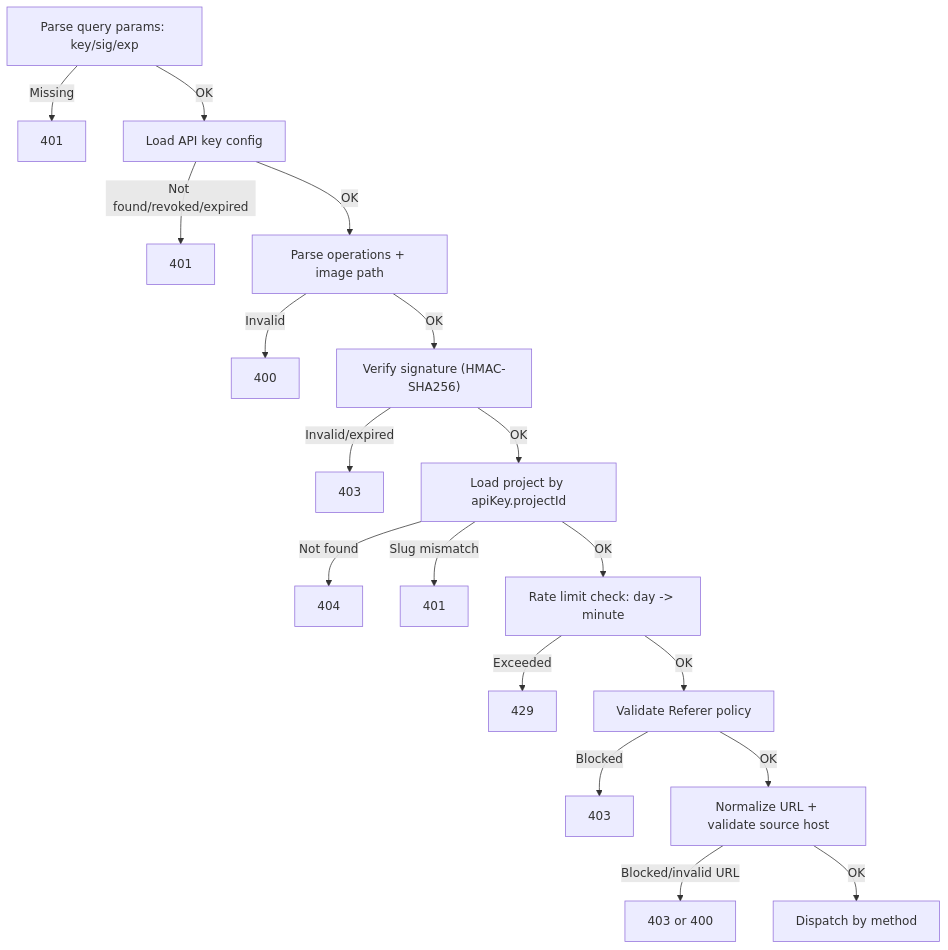
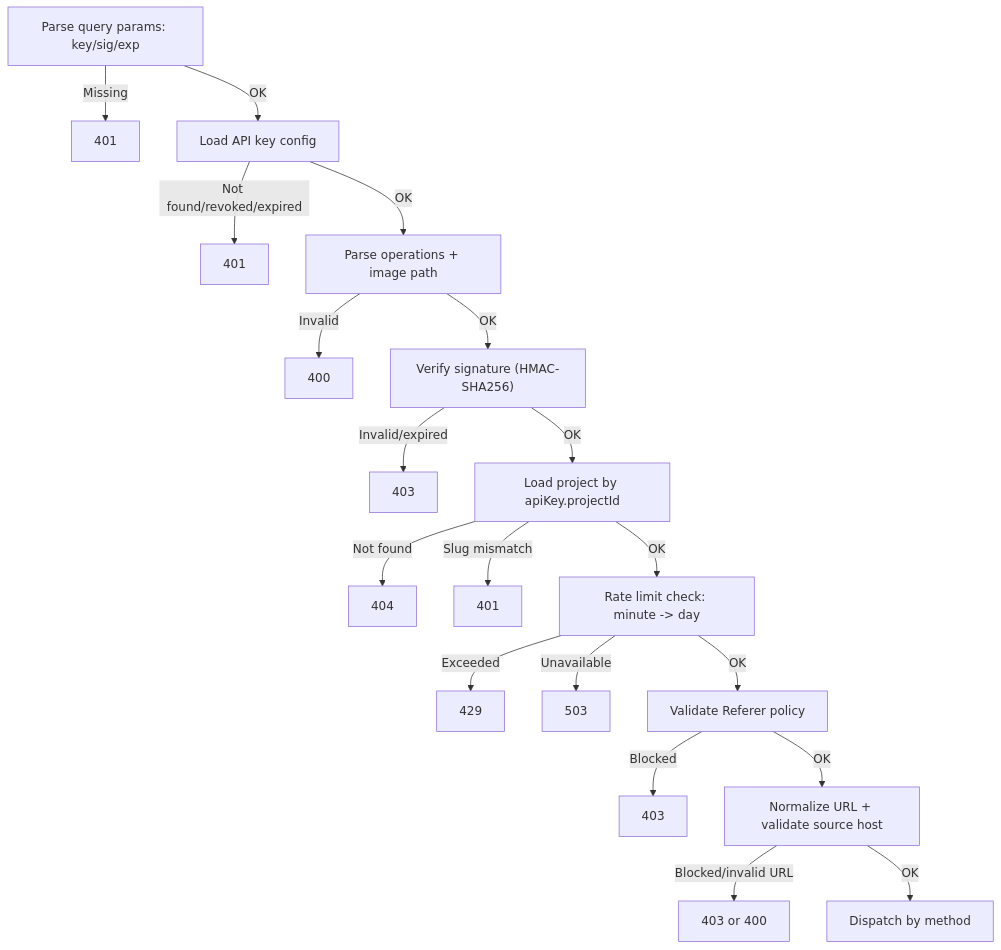
The first of 3 diagrams in apps/docs/content/docs/architecture/request-lifecycle.mdx (EricTsai83/optstuff), drawn with Mermaid before and after one commit. The commit also changed other lines of this file and 42 other files, not shown here.

First line of the commit message:
Rename allowlist docs and tighten rate-limit unavailability handling

````diff
--- a/apps/docs/content/docs/architecture/request-lifecycle.mdx
+++ b/apps/docs/content/docs/architecture/request-lifecycle.mdx
@@ -23,20 +23,21 @@
 ```mermaid title="Shared validation pipeline"
 flowchart TD
   A["Parse query params: key/sig/exp"] -->|Missing| E1["401"]
   A -->|OK| B["Load API key config"]
   B -->|Not found/revoked/expired| E2["401"]
   B -->|OK| C["Parse operations + image path"]
   C -->|Invalid| E3["400"]
   C -->|OK| D["Verify signature (HMAC-SHA256)"]
   D -->|Invalid/expired| E4["403"]
   D -->|OK| F["Load project by apiKey.projectId"]
   F -->|Not found| E5["404"]
   F -->|Slug mismatch| E6["401"]
-  F -->|OK| G["Rate limit check: day -> minute"]
+  F -->|OK| G["Rate limit check: minute -> day"]
   G -->|Exceeded| E7["429"]
+  G -->|Unavailable| E7b["503"]
   G -->|OK| H["Validate Referer policy"]
   H -->|Blocked| E8["403"]
   H -->|OK| I["Normalize URL + validate source host"]
   I -->|Blocked/invalid URL| E9["403 or 400"]
   I -->|OK| J["Dispatch by method"]
 ```
````
